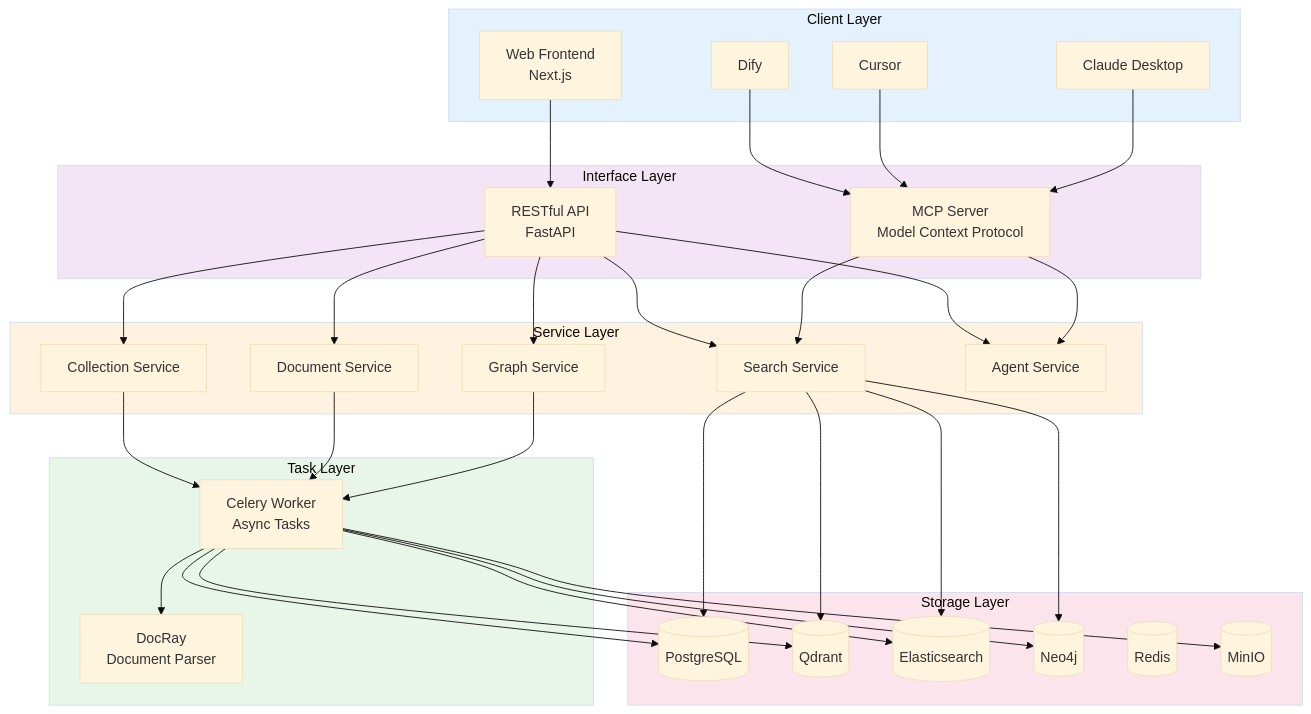
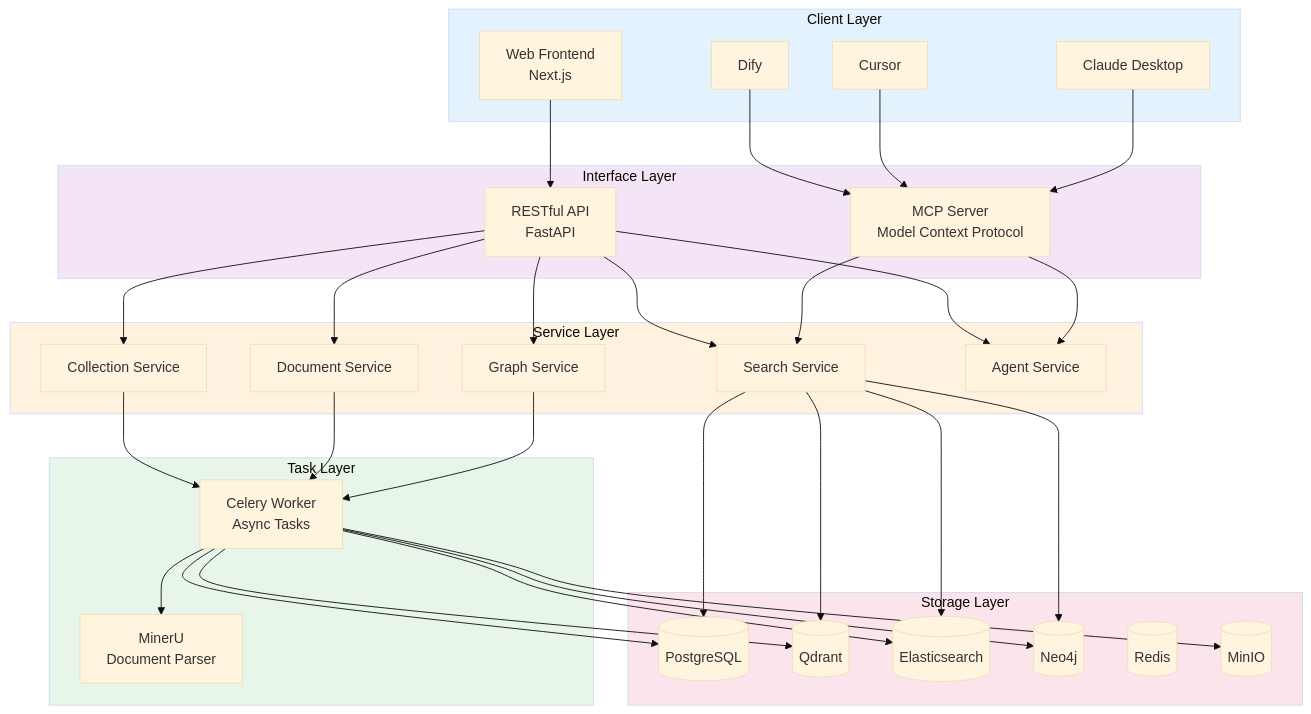
Before and after one commit to apecloud/ApeRAG: the second of 13 diagrams in web/docs/en-US/design/architecture.md, drawn with Mermaid (base theme). The commit also changed other lines of this file and 38 other files, not shown here.

````diff
--- a/web/docs/en-US/design/architecture.md
+++ b/web/docs/en-US/design/architecture.md
@@ -74,72 +74,72 @@
 ```mermaid
 graph TB
     subgraph Layer1[Client Layer]
         Web[Web Frontend<br/>Next.js]
         Dify[Dify]
         Cursor[Cursor]
         Claude[Claude Desktop]
     end
     
     subgraph Layer2[Interface Layer]
         API[RESTful API<br/>FastAPI]
         MCP[MCP Server<br/>Model Context Protocol]
     end
     
     subgraph Layer3[Service Layer]
         CollSvc[Collection Service]
         DocSvc[Document Service]
         SearchSvc[Search Service]
         GraphSvc[Graph Service]
         AgentSvc[Agent Service]
     end
     
     subgraph Layer4[Task Layer]
         Celery[Celery Worker<br/>Async Tasks]
-        DocRay[DocRay<br/>Document Parser]
+        MinerU[MinerU<br/>Document Parser]
     end
     
     subgraph Layer5[Storage Layer]
         PG[(PostgreSQL)]
         Qdrant[(Qdrant)]
         ES[(Elasticsearch)]
         Neo4j[(Neo4j)]
         Redis[(Redis)]
         MinIO[(MinIO)]
     end
     
     Web --> API
     Dify --> MCP
     Cursor --> MCP
     Claude --> MCP
     
     API --> CollSvc
     API --> DocSvc
     API --> SearchSvc
     API --> GraphSvc
     API --> AgentSvc
     
     MCP --> SearchSvc
     MCP --> AgentSvc
     
     CollSvc --> Celery
     DocSvc --> Celery
     GraphSvc --> Celery
     
-    Celery --> DocRay
+    Celery --> MinerU
     Celery --> PG
     Celery --> Qdrant
     Celery --> ES
     Celery --> Neo4j
     Celery --> MinIO
     
     SearchSvc --> PG
     SearchSvc --> Qdrant
     SearchSvc --> ES
     SearchSvc --> Neo4j
     
     style Layer1 fill:#e3f2fd
     style Layer2 fill:#f3e5f5
     style Layer3 fill:#fff3e0
     style Layer4 fill:#e8f5e9
     style Layer5 fill:#fce4ec
 ```
````
